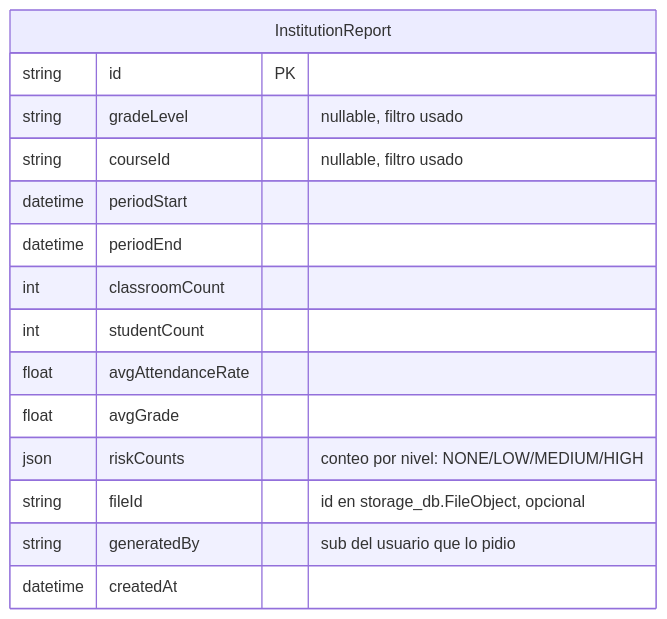
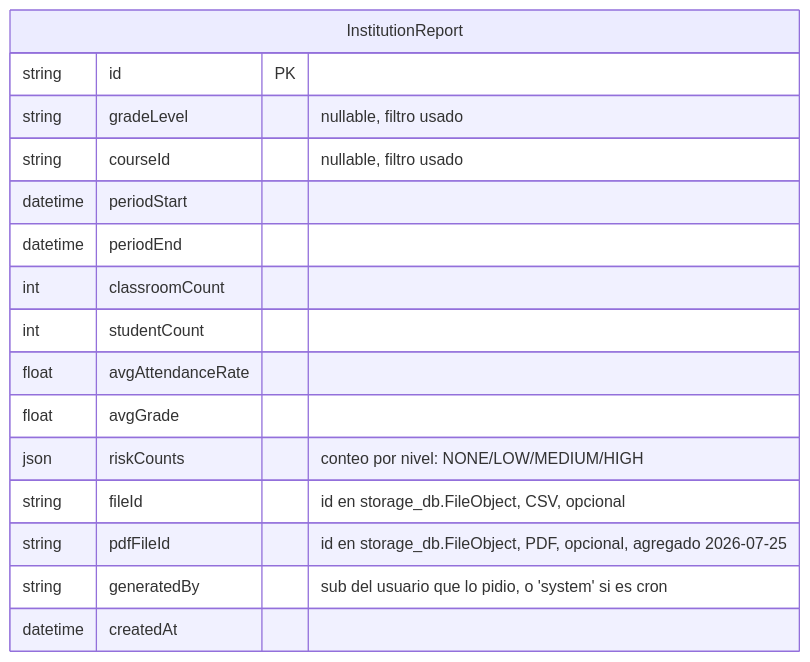
Before and after one commit to V-Yeimi19/Hackaton-MINEDU-Backend: the ninth of 9 diagrams in docs/DATABASE.md, drawn with Mermaid. The commit also changed other lines of this file and 15 other files, not shown here.

````diff
--- a/docs/DATABASE.md
+++ b/docs/DATABASE.md
@@ -229,18 +229,19 @@
 ```mermaid
 erDiagram
     InstitutionReport {
         string id PK
         string gradeLevel "nullable, filtro usado"
         string courseId "nullable, filtro usado"
         datetime periodStart
         datetime periodEnd
         int classroomCount
         int studentCount
         float avgAttendanceRate
         float avgGrade
         json riskCounts "conteo por nivel: NONE/LOW/MEDIUM/HIGH"
-        string fileId "id en storage_db.FileObject, opcional"
-        string generatedBy "sub del usuario que lo pidio"
+        string fileId "id en storage_db.FileObject, CSV, opcional"
+        string pdfFileId "id en storage_db.FileObject, PDF, opcional, agregado 2026-07-25"
+        string generatedBy "sub del usuario que lo pidio, o 'system' si es cron"
         datetime createdAt
     }
 ```
````
